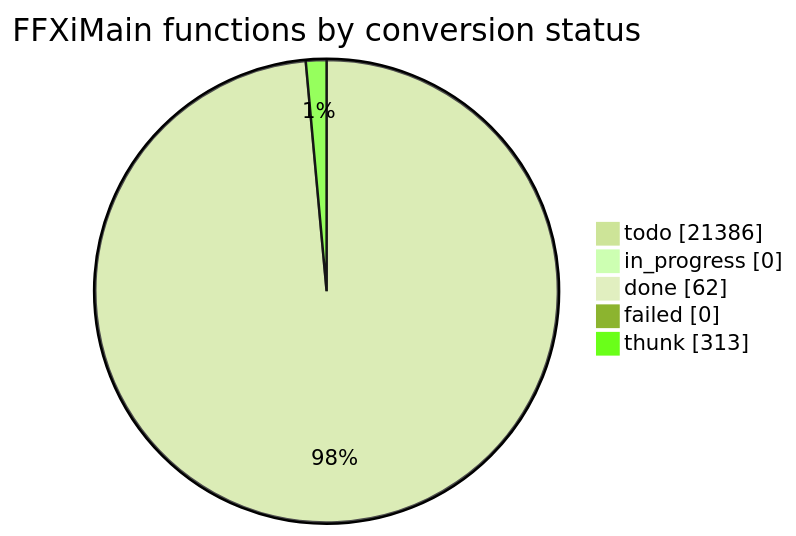
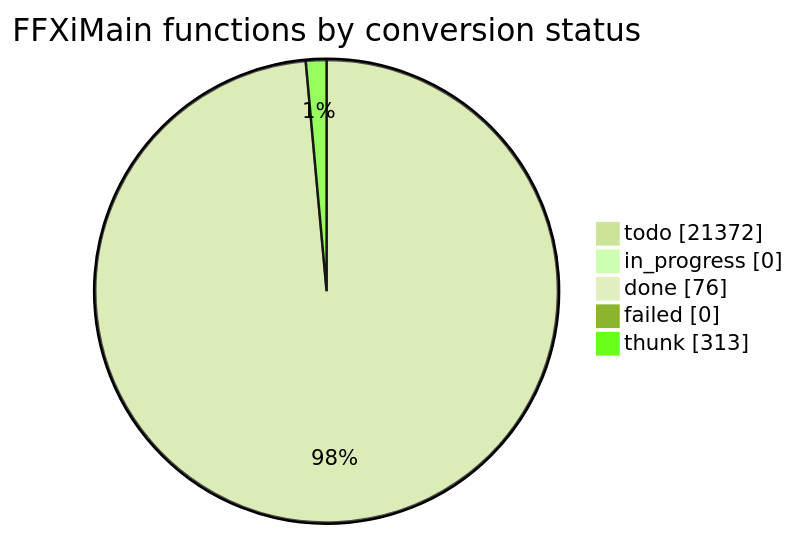
One commit to cowrevenge/cow_kuluu_xi_anything changed the diagram in docs/cow/STATUS.md. Above: the diagram before and after it, drawn with Mermaid (forest theme). The commit also changed other lines of this file and 21 other files, not shown here.

````diff
--- a/docs/cow/STATUS.md
+++ b/docs/cow/STATUS.md
@@ -18,9 +18,9 @@
 ```mermaid
 pie showData
     title FFXiMain functions by conversion status
-    "todo" : 21386
+    "todo" : 21372
     "in_progress" : 0
-    "done" : 62
+    "done" : 76
     "failed" : 0
     "thunk" : 313
 ```
````
